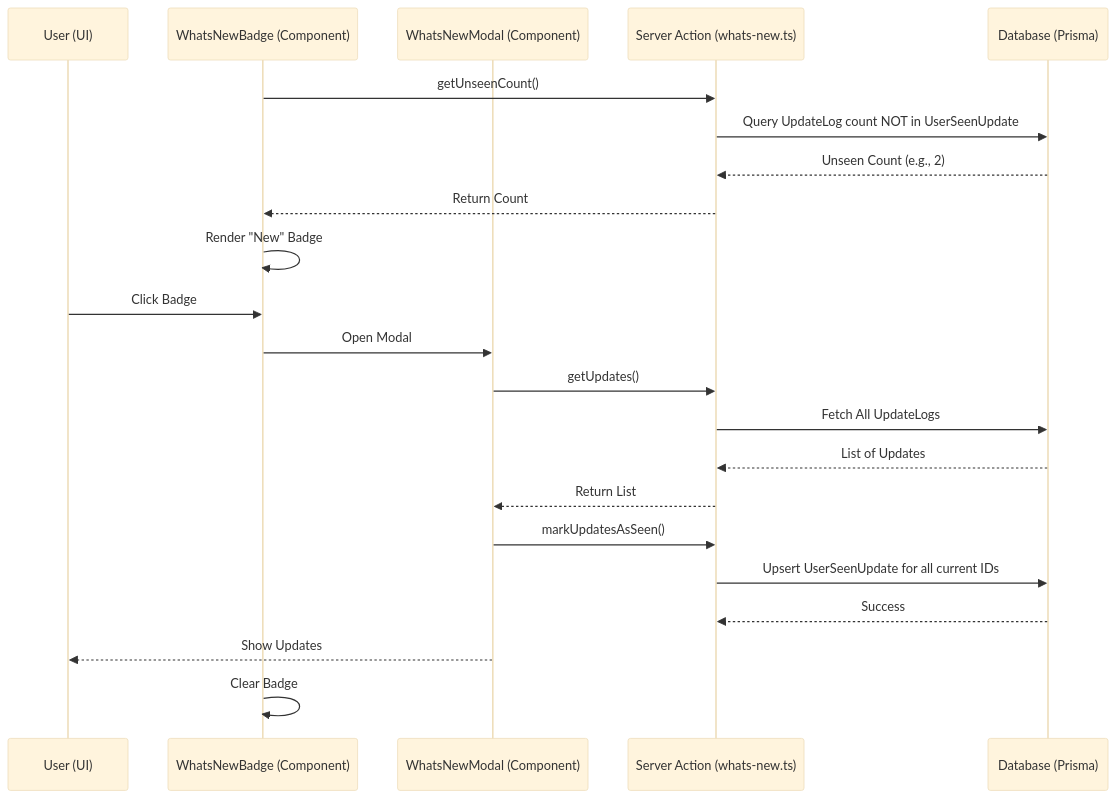
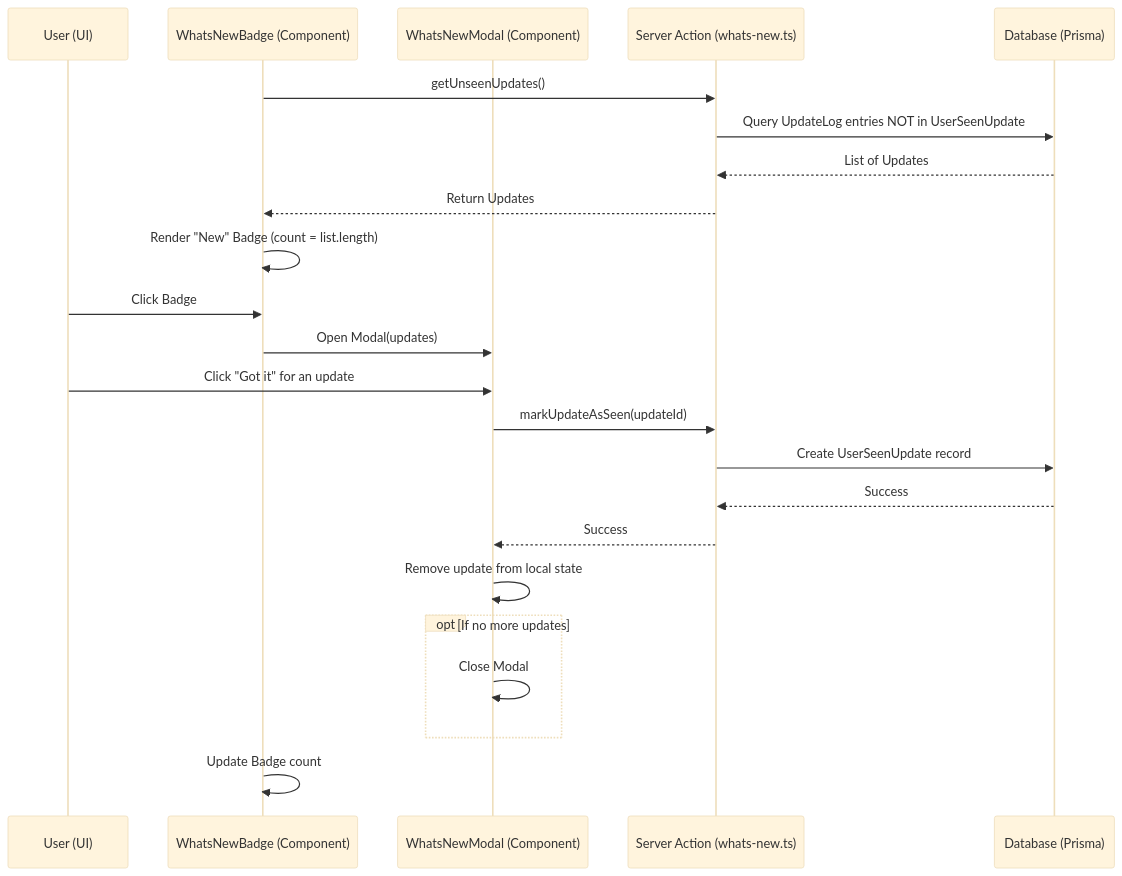
One commit to thoufeeque22/directly.social changed the eighth of 8 diagrams in docs/ARCHITECTURE.md. Above: the diagram before and after it, drawn with Mermaid (base theme). The commit also changed 2 other files, not shown here.

Commit message:
docs: add what's new notification documentation and manual tests

````diff
--- a/docs/ARCHITECTURE.md
+++ b/docs/ARCHITECTURE.md
@@ -324,26 +324,28 @@
 ```mermaid
 sequenceDiagram
     participant U as User (UI)
     participant B as WhatsNewBadge (Component)
     participant M as WhatsNewModal (Component)
     participant A as Server Action (whats-new.ts)
     participant DB as Database (Prisma)
 
-    B->>A: getUnseenCount()
-    A->>DB: Query UpdateLog count NOT in UserSeenUpdate
-    DB-->>A: Unseen Count (e.g., 2)
-    A-->>B: Return Count
-    B->>B: Render "New" Badge
+    B->>A: getUnseenUpdates()
+    A->>DB: Query UpdateLog entries NOT in UserSeenUpdate
+    DB-->>A: List of Updates
+    A-->>B: Return Updates
+    B->>B: Render "New" Badge (count = list.length)
 
     U->>B: Click Badge
-    B->>M: Open Modal
-    M->>A: getUpdates()
-    A->>DB: Fetch All UpdateLogs
-    DB-->>A: List of Updates
-    A-->>M: Return List
-    M->>A: markUpdatesAsSeen()
-    A->>DB: Upsert UserSeenUpdate for all current IDs
+    B->>M: Open Modal(updates)
+    
+    U->>M: Click "Got it" for an update
+    M->>A: markUpdateAsSeen(updateId)
+    A->>DB: Create UserSeenUpdate record
     DB-->>A: Success
-    M-->>U: Show Updates
-    B->>B: Clear Badge
+    A-->>M: Success
+    M->>M: Remove update from local state
+    opt If no more updates
+        M->>M: Close Modal
+    end
+    B->>B: Update Badge count
 ```
````
